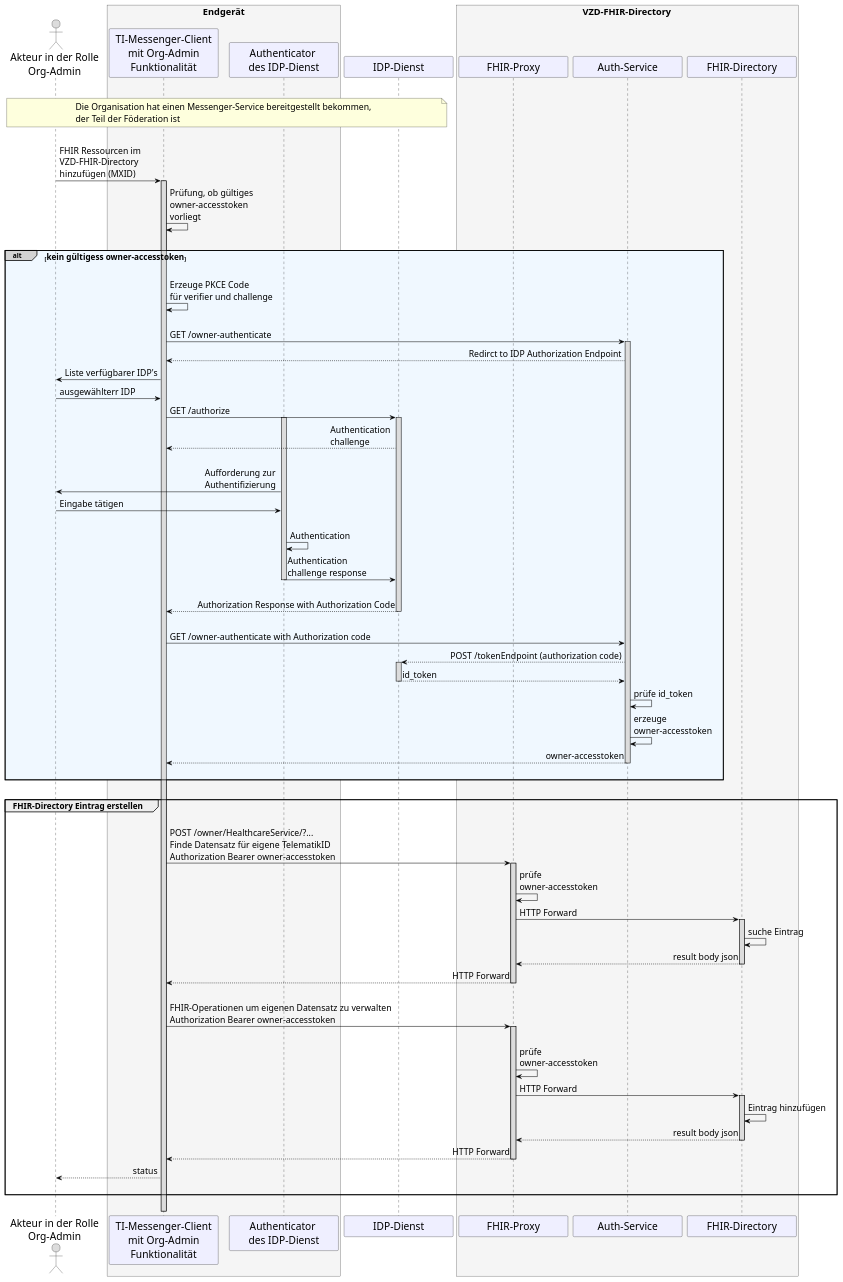
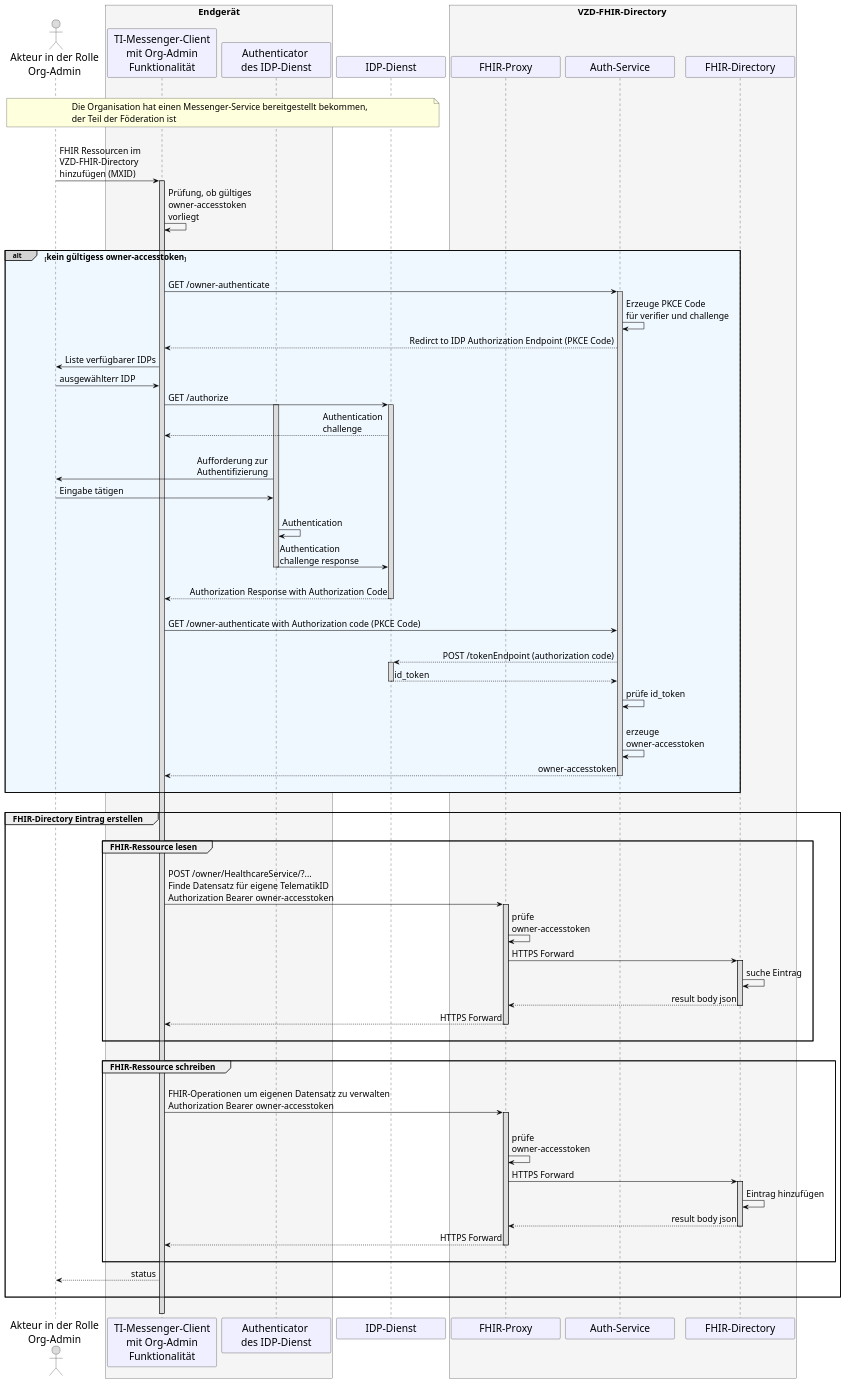
One commit to gematik/api-ti-messenger changed the diagram in src/plantuml/TI-Messenger-Dienst/Ressourcen/UC_10059_Seq.puml. Above: the diagram before and after it, drawn with PlantUML.

```diff
--- a/src/plantuml/TI-Messenger-Dienst/Ressourcen/UC_10059_Seq.puml
+++ b/src/plantuml/TI-Messenger-Dienst/Ressourcen/UC_10059_Seq.puml
@@ -9,122 +9,132 @@
 @startuml
 skinparam sequenceMessageAlign direction
 skinparam minClassWidth 200
 skinparam BoxPadding 1
 skinparam sequenceReferenceHeaderBackgroundColor palegreen
 scale max 2048 width
 
 skinparam sequence {
 ArrowColor black
 ArrowFontSize 17
 ActorBorderColor black
 LifeLineBorderColor black
 LifeLineBackgroundColor Gainsboro
 
 ParticipantBorderColor Motivation
 ParticipantBackgroundColor Motivation
 ParticipantFontName Impact
 ParticipantFontSize 20
 ParticipantFontColor black
 ParticipantBorderColor Black
 ParticipantBackgroundColor MOTIVATION
 
 ActorBackgroundColor Gainsboro
 ActorFontColor black
 ActorFontSize 20
 ActorFontName Aapex
 }
     actor U as "Akteur in der Rolle\nOrg-Admin"
     box <size:18>Endgerät</size>\n #WhiteSmoke 
     participant C as "TI-Messenger-Client\n mit Org-Admin \nFunktionalität"
     participant A as "Authenticator \ndes IDP-Dienst"
     end box
     participant I as "IDP-Dienst" 
     box <size:18>VZD-FHIR-Directory</size> #WhiteSmoke
       participant FP as "FHIR-Proxy"
       participant Auth as "Auth-Service"
       participant VZD as "FHIR-Directory"
     end box
 
 |||
 note over U, I: <size:17>Die Organisation hat einen Messenger-Service bereitgestellt bekommen, \n<size:17>der Teil der Föderation ist</size>
 |||
 
 U->C: FHIR Ressourcen im \nVZD-FHIR-Directory \nhinzufügen (MXID)
   Activate C
 C->C: Prüfung, ob gültiges \nowner-accesstoken \nvorliegt
 
 |||
 alt#LightGrey #AliceBlue <size:16>kein gültigess owner-accesstoken</size>
 |||
 
-  C->C: Erzeuge PKCE Code \nfür verifier und challenge
-  |||
   C->Auth: GET /owner-authenticate
     Activate Auth
-  Auth-->C: Redirct to IDP Authorization Endpoint
+  Auth->Auth: Erzeuge PKCE Code \nfür verifier und challenge
+  Auth-->C: Redirct to IDP Authorization Endpoint (PKCE Code)
 
-  C->U: Liste verfügbarer IDP's
+  C->U: Liste verfügbarer IDPs
   U->C: ausgewählterr IDP
     
   C->I: GET /authorize
     Activate A
     Activate I
   I-->C: Authentication \nchallenge
   |||
   A->U: Aufforderung zur \nAuthentifizierung
   U->A: Eingabe tätigen
   |||
   A->A: Authentication
   A->I: Authentication \nchallenge response
     Deactivate A
   |||
   I-->C: Authorization Response with Authorization Code
     Deactivate I
       
   |||    
-  C->Auth: GET /owner-authenticate with Authorization code
+  C->Auth: GET /owner-authenticate with Authorization code (PKCE Code)
+  |||
   Auth-->I: POST /tokenEndpoint (authorization code)
     Activate I
   I-->Auth: id_token
     Deactivate I
   Auth->Auth: prüfe id_token
+  |||
   Auth->Auth: erzeuge \nowner-accesstoken
   Auth-->C: owner-accesstoken
   ||| 
     
     Deactivate Auth
 end
       
 |||
 
 group <size:16>FHIR-Directory Eintrag erstellen</size>
   |||
+  group <size:16>FHIR-Ressource lesen</size>
+  |||
   C->FP: POST /owner/HealthcareService/?... \nFinde Datensatz für eigene TelematikID \nAuthorization Bearer owner-accesstoken
     Activate FP
   FP->FP: prüfe \nowner-accesstoken
-  FP->VZD: HTTP Forward
+  FP->VZD: HTTPS Forward
     Activate VZD
   VZD->VZD: suche Eintrag
   VZD-->FP: result body json
     Deactivate VZD
-  FP-->C: HTTP Forward
+  FP-->C: HTTPS Forward
     Deactivate FP
+  |||
+  end
+
+  |||
+  group <size:16>FHIR-Ressource schreiben</size>
   |||
   C->FP: FHIR-Operationen um eigenen Datensatz zu verwalten \nAuthorization Bearer owner-accesstoken
   |||
     Activate FP
   FP->FP: prüfe \nowner-accesstoken
-  FP->VZD: HTTP Forward
+  FP->VZD: HTTPS Forward
     Activate VZD
   VZD->VZD: Eintrag hinzufügen
   VZD-->FP: result body json
     Deactivate VZD
-  FP-->C: HTTP Forward
-    Deactivate FP
+  FP-->C: HTTPS Forward
+     Deactivate FP
+  |||
+  end
   C-->U: status    
   |||
 end
 |||
 
   Deactivate C
 @enduml
```
